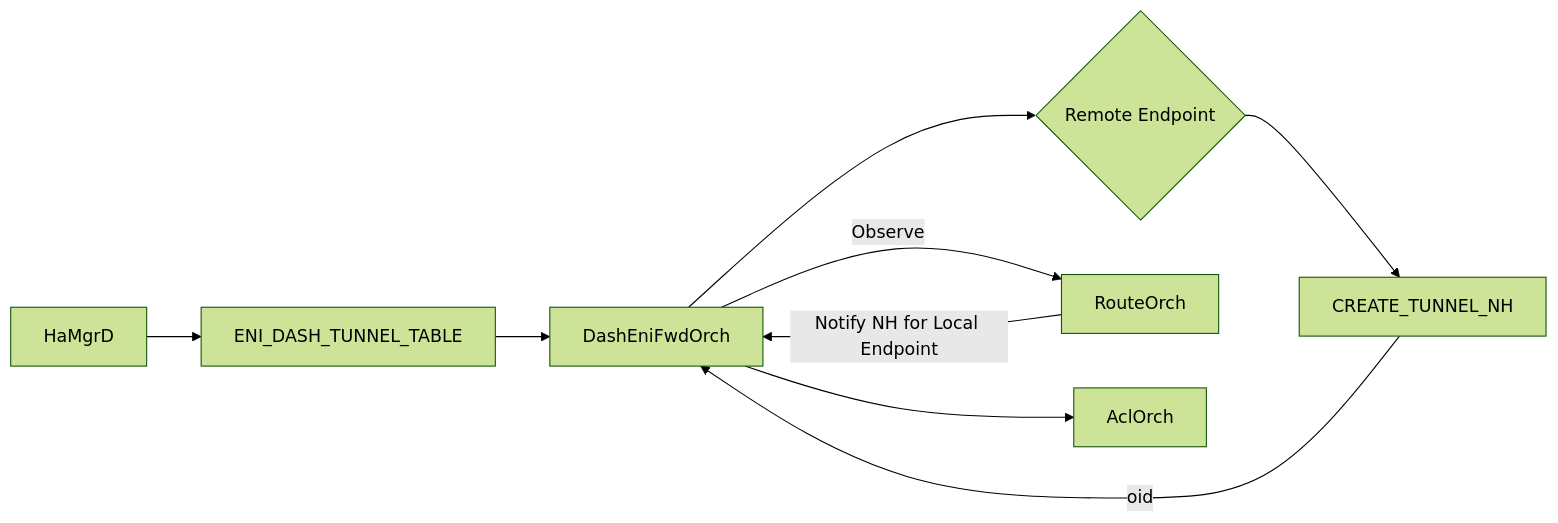
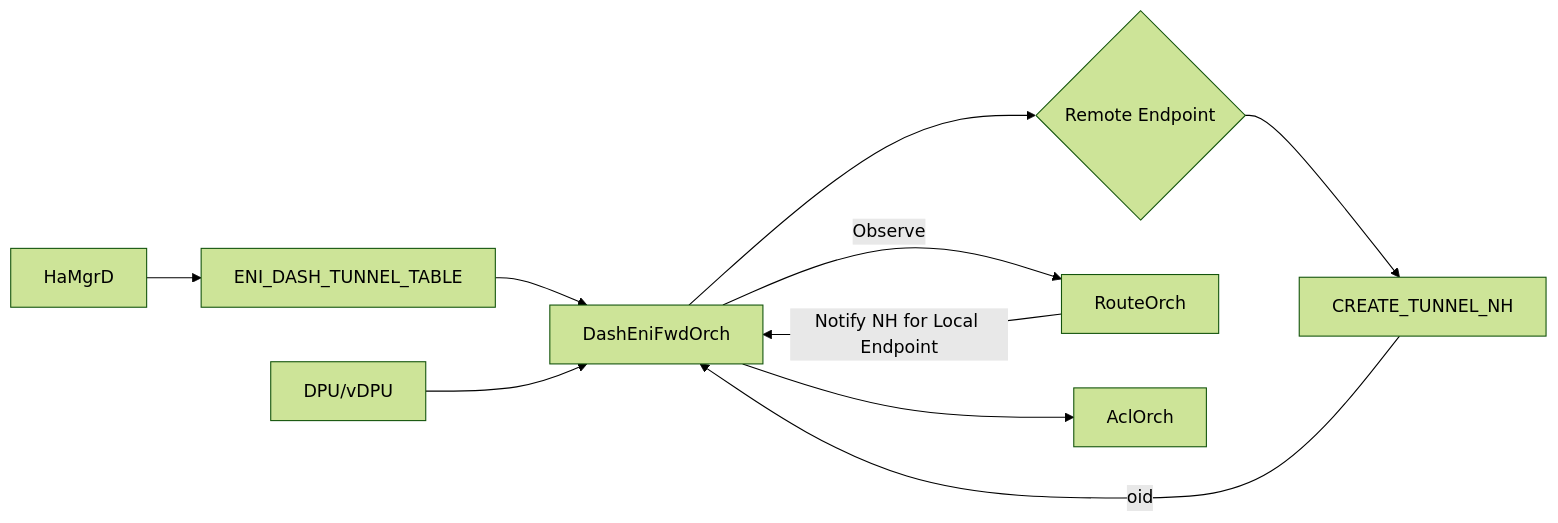
The diagram in doc/smart-switch/high-availability/eni-based-forwarding.md (sonic-net/SONiC), drawn with Mermaid (forest theme) before and after one commit. The commit also changed other lines of this file, not shown here.

````diff
--- a/doc/smart-switch/high-availability/eni-based-forwarding.md
+++ b/doc/smart-switch/high-availability/eni-based-forwarding.md
@@ -233,15 +235,16 @@
 ```mermaid
 flowchart LR
     ENI_TABLE[ENI_DASH_TUNNEL_TABLE]
 
     HaMgrD --> ENI_TABLE
     ENI_TABLE --> DashEniFwdOrch
 
     DashEniFwdOrch --> Ques1{Remote Endpoint}
     DashEniFwdOrch --> |Observe| RouteOrch
 
     Ques1 --> CREATE_TUNNEL_NH
     CREATE_TUNNEL_NH --> |oid| DashEniFwdOrch
     RouteOrch --> |Notify NH for Local Endpoint| DashEniFwdOrch
     DashEniFwdOrch --> AclOrch
+    DPU/vDPU --> DashEniFwdOrch
 ```
````
